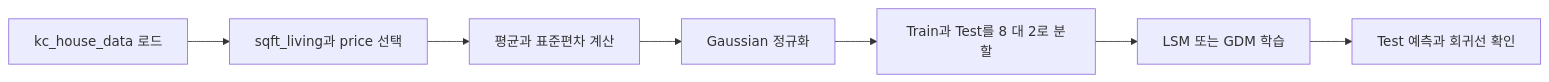
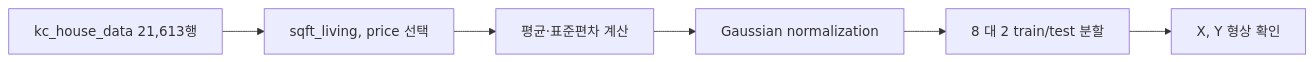
The diagram in ComputerScience/03_ai-ml-data/machine-learning/notes/01. 단일 선형 회귀 실습 - LSM과 GDM.md (umyunsang/edu), drawn with Mermaid before and after one commit. The commit also changed other lines of this file and 4 other files, not shown here.

````diff
--- a/ComputerScience/03_ai-ml-data/machine-learning/notes/01. 단일 선형 회귀 실습 - LSM과 GDM.md
+++ b/ComputerScience/03_ai-ml-data/machine-learning/notes/01. 단일 선형 회귀 실습 - LSM과 GDM.md
@@ -44,9 +59,8 @@
 ```mermaid
 flowchart LR
-  A["kc_house_data 로드"] --> B["sqft_living과 price 선택"]
-  B --> C["평균과 표준편차 계산"]
-  C --> D["Gaussian 정규화"]
-  D --> E["Train과 Test를 8 대 2로 분할"]
-  E --> F["LSM 또는 GDM 학습"]
-  F --> G["Test 예측과 회귀선 확인"]
+  A["kc_house_data 21,613행"] --> B["sqft_living, price 선택"]
+  B --> C["평균·표준편차 계산"]
+  C --> D["Gaussian normalization"]
+  D --> E["8 대 2 train/test 분할"]
+  E --> F["X, Y 형상 확인"]
 ```
````
